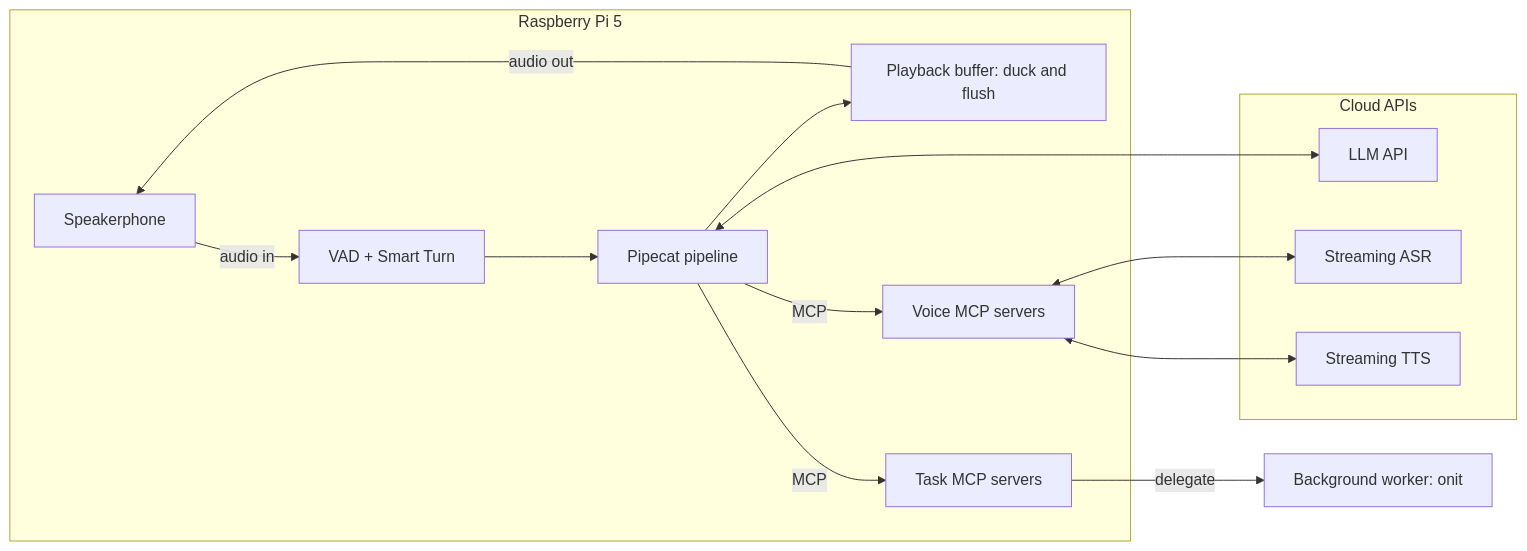
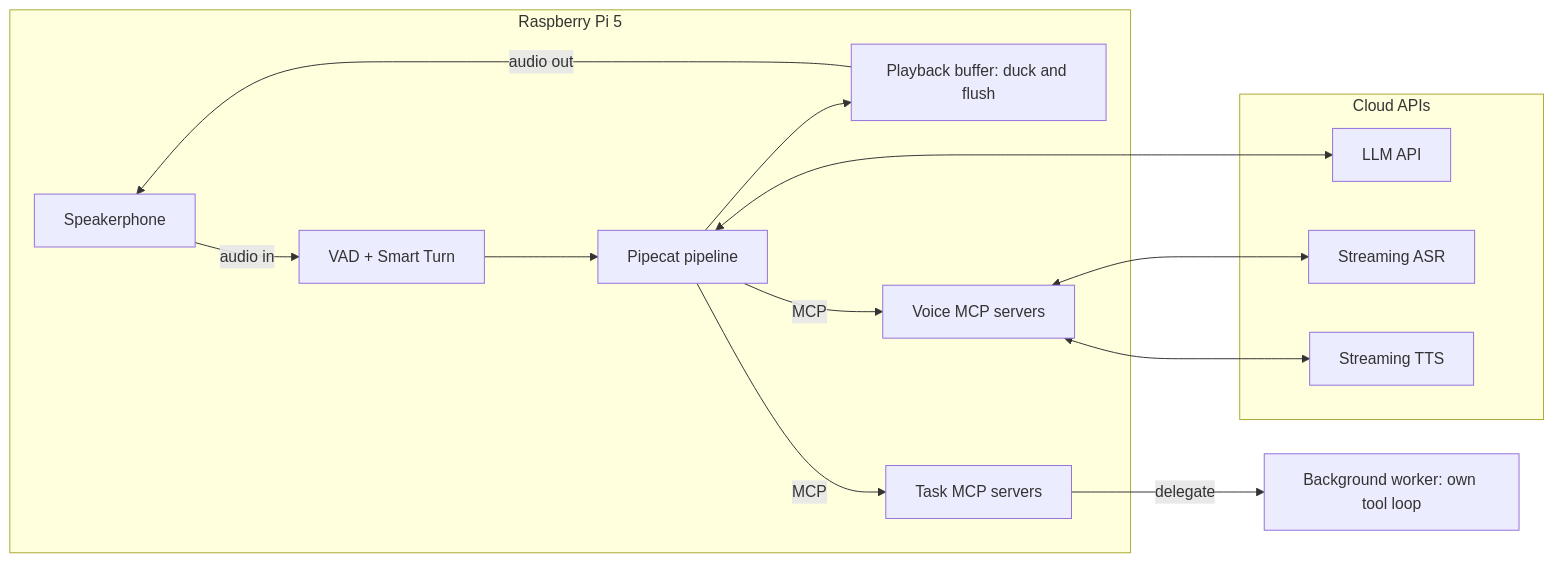
One commit to quielq/quielq-full-duplex-voice-agent changed the first of 2 diagrams in docs/architecture.md. Above: the diagram before and after it, drawn with Mermaid. The commit also changed other lines of this file and 6 other files, not shown here.

````diff
--- a/docs/architecture.md
+++ b/docs/architecture.md
@@ -46,20 +47,20 @@
 ```mermaid
 flowchart LR
   subgraph PI["Raspberry Pi 5"]
     SPK["Speakerphone"] -->|"audio in"| VAD["VAD + Smart Turn"]
     VAD --> PIPE["Pipecat pipeline"]
     PIPE --> PLAY["Playback buffer: duck and flush"]
     PLAY -->|"audio out"| SPK
     PIPE -->|MCP| TASK["Task MCP servers"]
     PIPE -->|MCP| VOICE["Voice MCP servers"]
   end
   subgraph CLOUD["Cloud APIs"]
     LLM["LLM API"]
     ASR["Streaming ASR"]
     TTS["Streaming TTS"]
   end
   PIPE <--> LLM
   VOICE <--> ASR
   VOICE <--> TTS
-  TASK -->|"delegate"| WORKER["Background worker: onit"]
+  TASK -->|"delegate"| WORKER["Background worker: own tool loop"]
 ```
````
